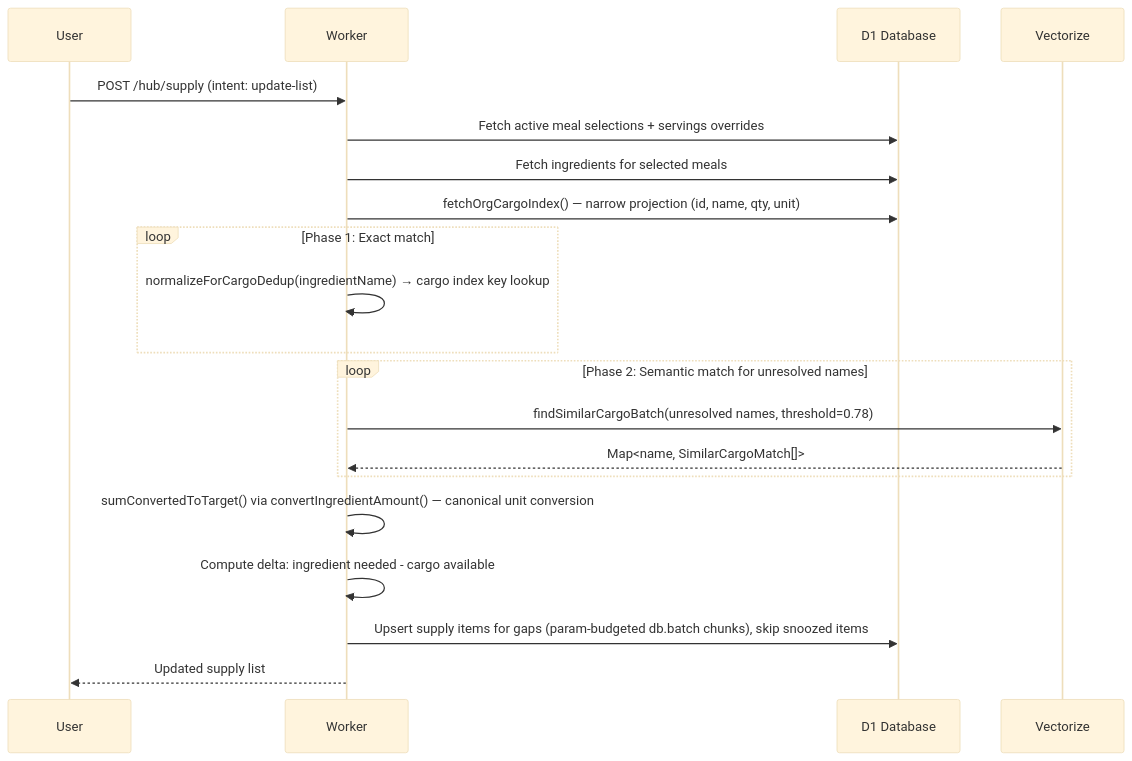
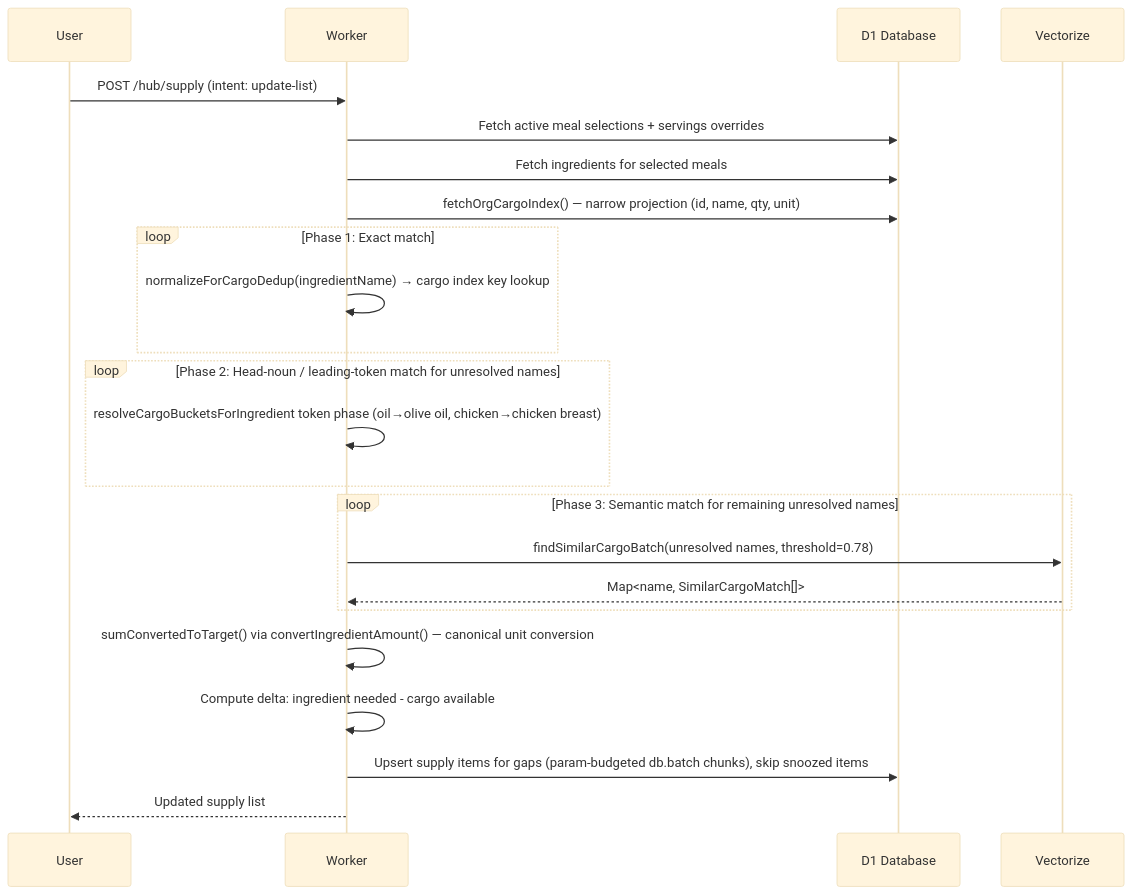
Diagram 11 of 24 in README.md (bjamesdowning/ration-mirror), drawn with Mermaid (base theme) before and after one commit. The commit also changed other lines of this file and 11 other files, not shown here.

First line of the commit message:
feat: match recipe generics to pantry specializations via head-noun token phase

````diff
--- a/README.md
+++ b/README.md
@@ -516,26 +516,30 @@
 ```mermaid
 sequenceDiagram
     participant User as User
     participant Worker as Worker
     participant D1 as D1 Database
     participant Vectorize as Vectorize
 
     User->>Worker: POST /hub/supply (intent: update-list)
     Worker->>D1: Fetch active meal selections + servings overrides
     Worker->>D1: Fetch ingredients for selected meals
     Worker->>D1: fetchOrgCargoIndex() — narrow projection (id, name, qty, unit)
 
     loop Phase 1: Exact match
         Worker->>Worker: normalizeForCargoDedup(ingredientName) → cargo index key lookup
     end
 
-    loop Phase 2: Semantic match for unresolved names
+    loop Phase 2: Head-noun / leading-token match for unresolved names
+        Worker->>Worker: resolveCargoBucketsForIngredient token phase (oil→olive oil, chicken→chicken breast)
+    end
+
+    loop Phase 3: Semantic match for remaining unresolved names
         Worker->>Vectorize: findSimilarCargoBatch(unresolved names, threshold=0.78)
         Vectorize-->>Worker: Map<name, SimilarCargoMatch[]>
     end
 
     Worker->>Worker: sumConvertedToTarget() via convertIngredientAmount() — canonical unit conversion
     Worker->>Worker: Compute delta: ingredient needed - cargo available
     Worker->>D1: Upsert supply items for gaps (param-budgeted db.batch chunks), skip snoozed items
     Worker-->>User: Updated supply list
 ```
````
